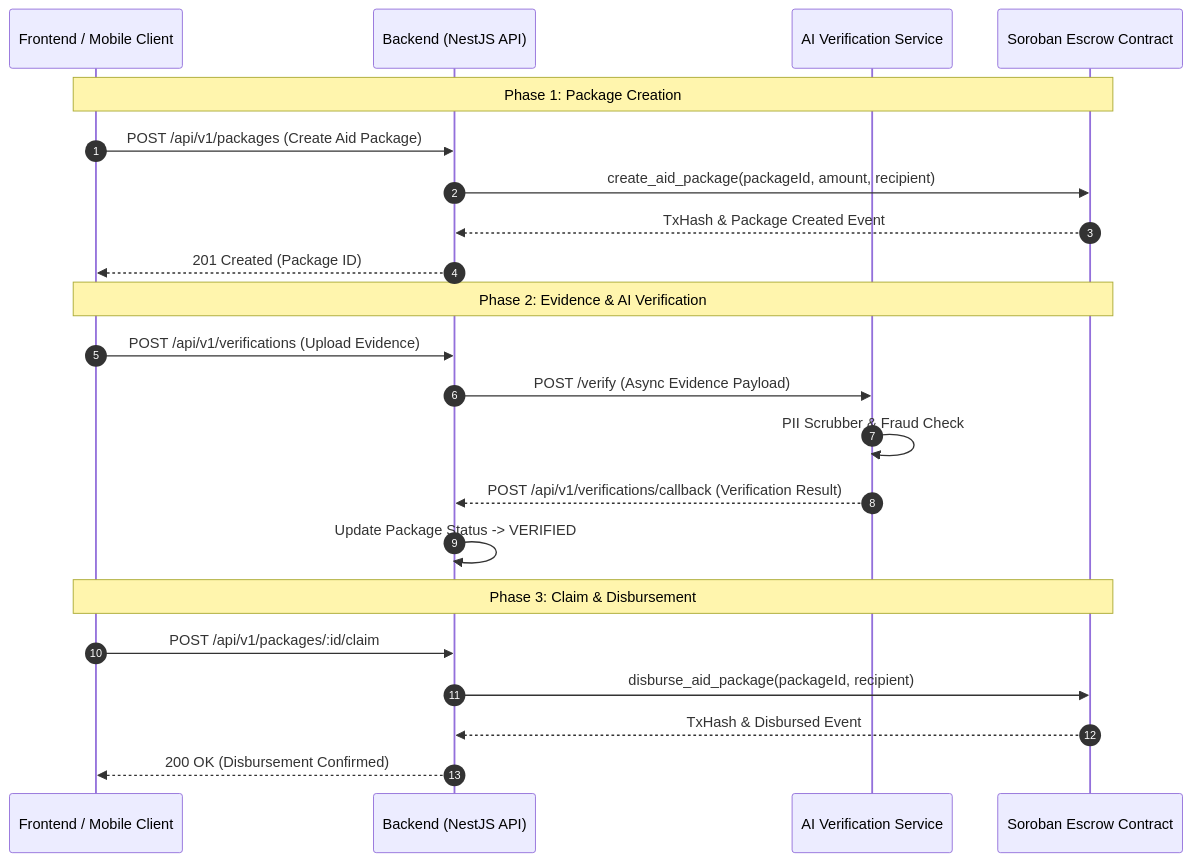
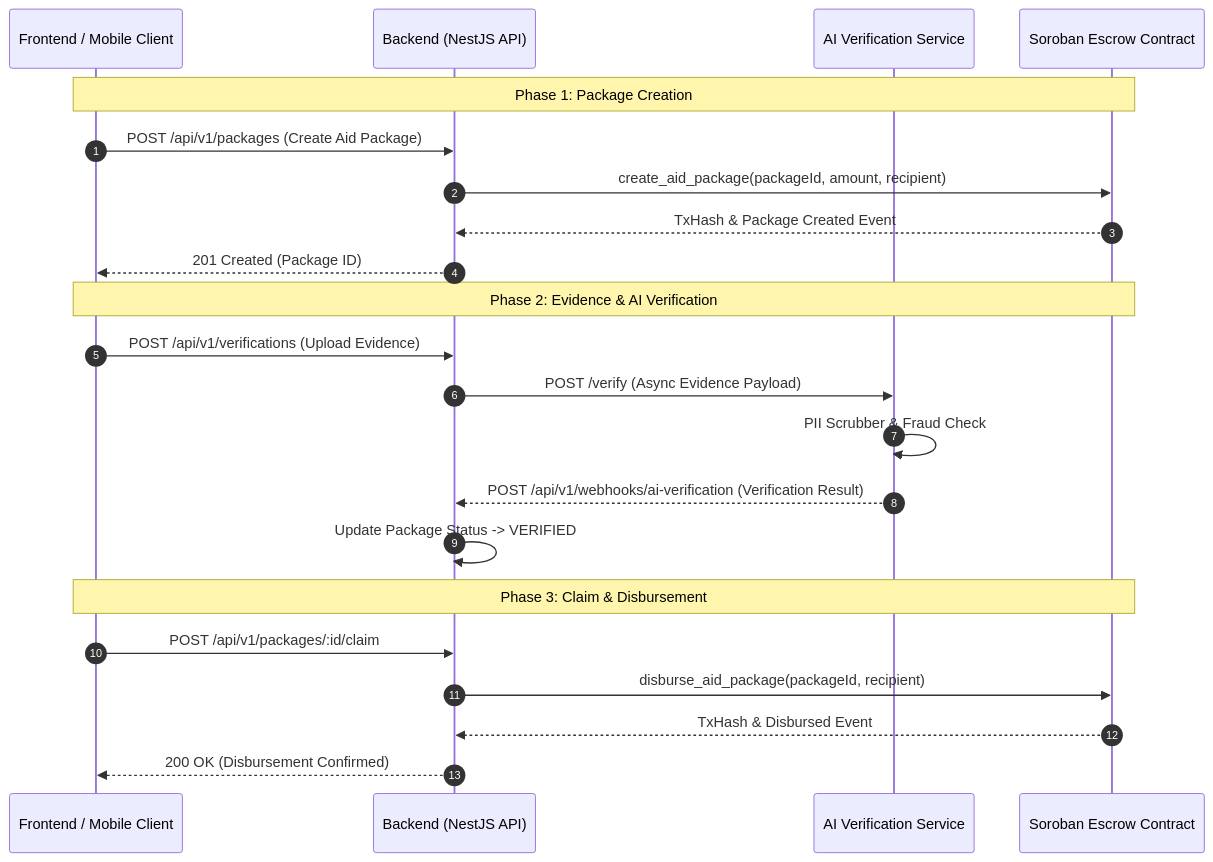
The diagram in docs/cross-service-architecture-guide.md (0xApana/Soter), drawn with Mermaid before and after one commit. The commit also changed other lines of this file and 3 other files, not shown here.

First line of the commit message:
chore: align AI callback configuration with backend routes (#700)

````diff
--- a/docs/cross-service-architecture-guide.md
+++ b/docs/cross-service-architecture-guide.md
@@ -64,27 +64,27 @@
 ```mermaid
 sequenceDiagram
     autonumber
     participant Client as Frontend / Mobile Client
     participant Backend as Backend (NestJS API)
     participant AI as AI Verification Service
     participant Onchain as Soroban Escrow Contract
 
     Note over Client,Onchain: Phase 1: Package Creation
     Client->>Backend: POST /api/v1/packages (Create Aid Package)
     Backend->>Onchain: create_aid_package(packageId, amount, recipient)
     Onchain-->>Backend: TxHash & Package Created Event
     Backend-->>Client: 201 Created (Package ID)
 
     Note over Client,Onchain: Phase 2: Evidence & AI Verification
     Client->>Backend: POST /api/v1/verifications (Upload Evidence)
     Backend->>AI: POST /verify (Async Evidence Payload)
     AI->>AI: PII Scrubber & Fraud Check
-    AI-->>Backend: POST /api/v1/verifications/callback (Verification Result)
+    AI-->>Backend: POST /api/v1/webhooks/ai-verification (Verification Result)
     Backend->>Backend: Update Package Status -> VERIFIED
 
     Note over Client,Onchain: Phase 3: Claim & Disbursement
     Client->>Backend: POST /api/v1/packages/:id/claim
     Backend->>Onchain: disburse_aid_package(packageId, recipient)
     Onchain-->>Backend: TxHash & Disbursed Event
     Backend-->>Client: 200 OK (Disbursement Confirmed)
 ```
````
